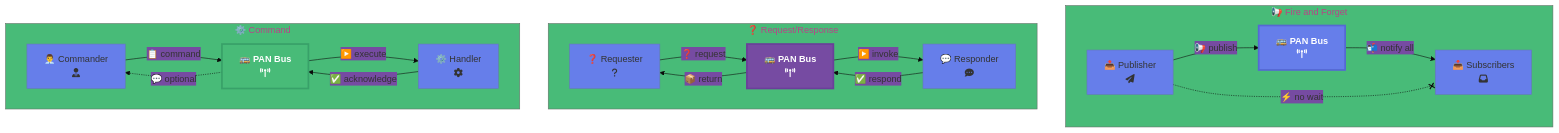
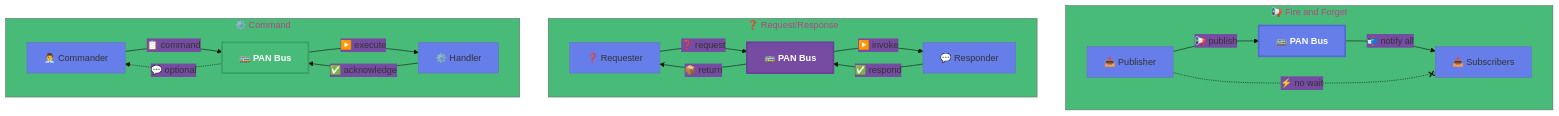
Before and after one commit to larcjs/larc: the sixth of 10 diagrams in docs/books/learning-larc/diagrams/05-pan-bus.md, drawn with Mermaid. The commit also changed other lines of this file and 1 other file, not shown here.

First line of the commit message:
fix: remove FontAwesome icon references from diagrams

````diff
--- a/docs/books/learning-larc/diagrams/05-pan-bus.md
+++ b/docs/books/learning-larc/diagrams/05-pan-bus.md
@@ -202,43 +202,43 @@
 ```mermaid
 %%{init: {'theme':'base', 'themeVariables': { 'primaryColor':'#667eea','secondaryColor':'#764ba2','tertiaryColor':'#48bb78'}}}%%
 graph TB
     subgraph FF["📢 Fire and Forget"]
-        FF1["📤 Publisher<br/>fa:fa-paper-plane"]
-        FF2["🚌 PAN Bus<br/>fa:fa-broadcast-tower"]
-        FF3["📥 Subscribers<br/>fa:fa-inbox"]
+        FF1["📤 Publisher"]
+        FF2["🚌 PAN Bus"]
+        FF3["📥 Subscribers"]
 
         FF1 -->|📢 publish| FF2
         FF2 -->|📬 notify all| FF3
         FF1 -.-x|⚡ no wait| FF3
     end
 
     subgraph RR["❓ Request/Response"]
-        RR1["❓ Requester<br/>fa:fa-question"]
-        RR2["🚌 PAN Bus<br/>fa:fa-broadcast-tower"]
-        RR3["💬 Responder<br/>fa:fa-comment-dots"]
+        RR1["❓ Requester"]
+        RR2["🚌 PAN Bus"]
+        RR3["💬 Responder"]
 
         RR1 -->|❓ request| RR2
         RR2 -->|▶️ invoke| RR3
         RR3 -->|✅ respond| RR2
         RR2 -->|📦 return| RR1
     end
 
     subgraph CMD["⚙️ Command"]
-        C1["👨‍💼 Commander<br/>fa:fa-user-tie"]
-        C2["🚌 PAN Bus<br/>fa:fa-broadcast-tower"]
-        C3["⚙️ Handler<br/>fa:fa-cog"]
+        C1["👨‍💼 Commander"]
+        C2["🚌 PAN Bus"]
+        C3["⚙️ Handler"]
 
         C1 -->|📋 command| C2
         C2 -->|▶️ execute| C3
         C3 -->|✅ acknowledge| C2
         C2 -.💬 optional.-> C1
     end
 
     classDef bus1 fill:#667eea,stroke:#5568d3,stroke-width:3px,color:#fff,font-weight:bold
     classDef bus2 fill:#764ba2,stroke:#6a3f99,stroke-width:3px,color:#fff,font-weight:bold
     classDef bus3 fill:#48bb78,stroke:#38a169,stroke-width:3px,color:#fff,font-weight:bold
 
     class FF2 bus1
     class RR2 bus2
     class C2 bus3
 ```
````
